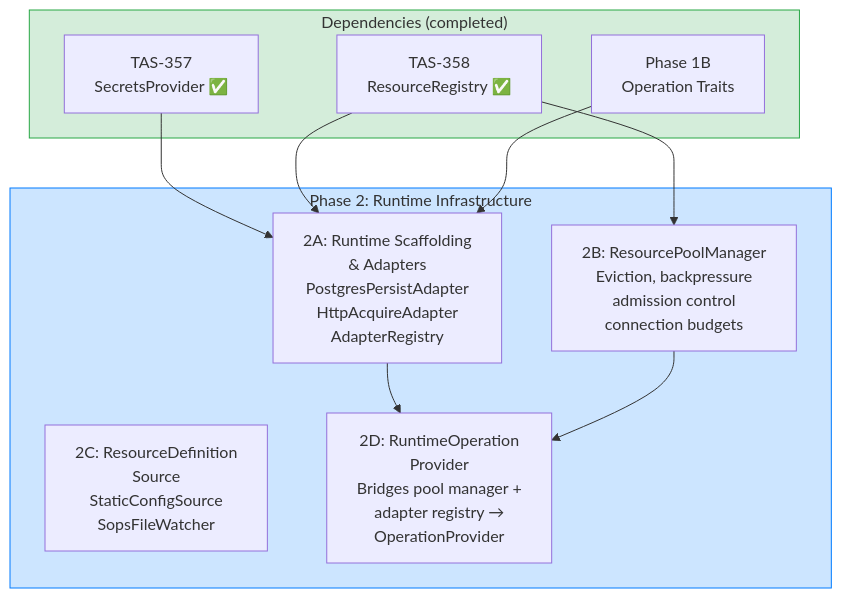
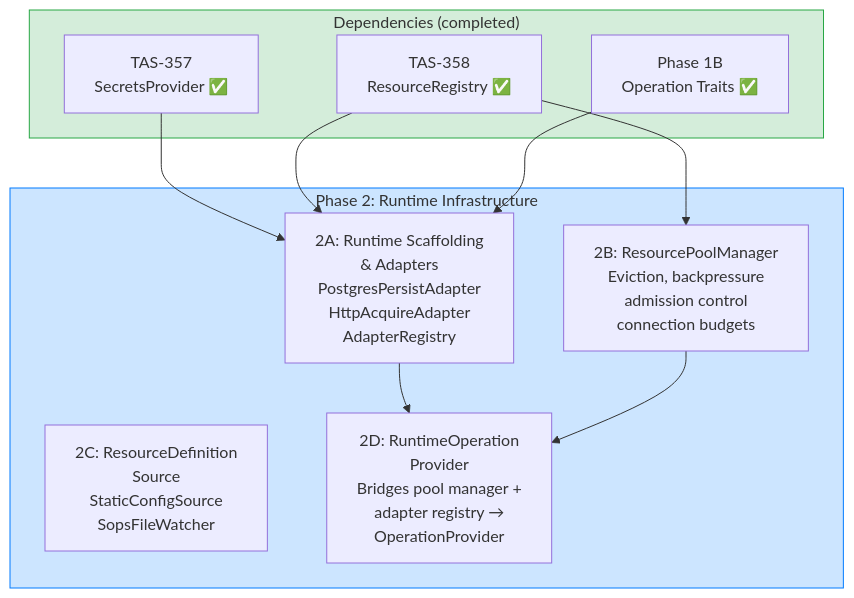
The third of 5 diagrams in docs/composition-architecture/roadmap.md (tasker-systems/tasker-core), drawn with Mermaid before and after one commit. The commit also changed other lines of this file and 1 other file, not shown here.

First line of the commit message:
docs: update composition architecture roadmap for Phase 1 completion

````diff
--- a/docs/composition-architecture/roadmap.md
+++ b/docs/composition-architecture/roadmap.md
@@ -255,26 +249,26 @@
 ```mermaid
 flowchart TD
     subgraph deps["Dependencies (completed)"]
         S1["TAS-357\nSecretsProvider ✅"]
         S2["TAS-358\nResourceRegistry ✅"]
-        P1B["Phase 1B\nOperation Traits"]
+        P1B["Phase 1B\nOperation Traits ✅"]
     end
 
     subgraph phase2["Phase 2: Runtime Infrastructure"]
         A2["2A: Runtime Scaffolding\n& Adapters\nPostgresPersistAdapter\nHttpAcquireAdapter\nAdapterRegistry"]
         B2["2B: ResourcePoolManager\nEviction, backpressure\nadmission control\nconnection budgets"]
         C2["2C: ResourceDefinition\nSource\nStaticConfigSource\nSopsFileWatcher"]
         D2["2D: RuntimeOperation\nProvider\nBridges pool manager +\nadapter registry →\nOperationProvider"]
     end
 
     S1 --> A2
     S2 --> A2
     S2 --> B2
     P1B --> A2
 
     A2 --> D2
     B2 --> D2
 
     style deps fill:#d4edda,stroke:#28a745
     style phase2 fill:#cce5ff,stroke:#007bff
 ```
````
